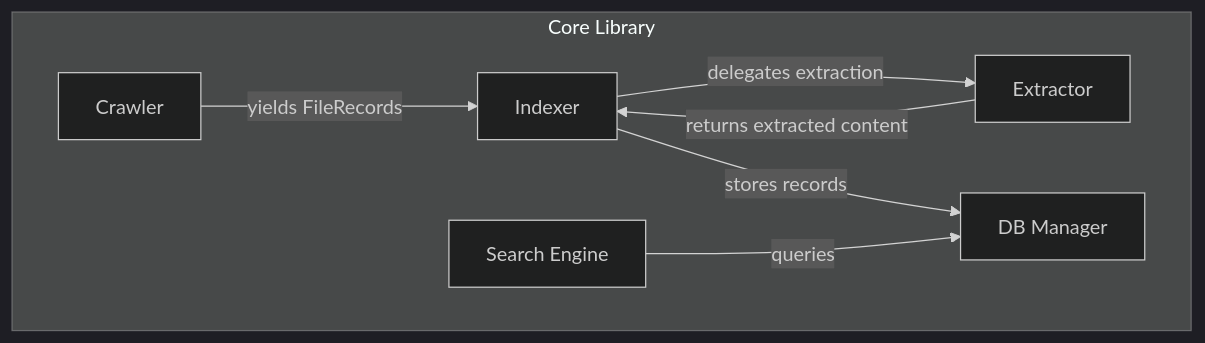
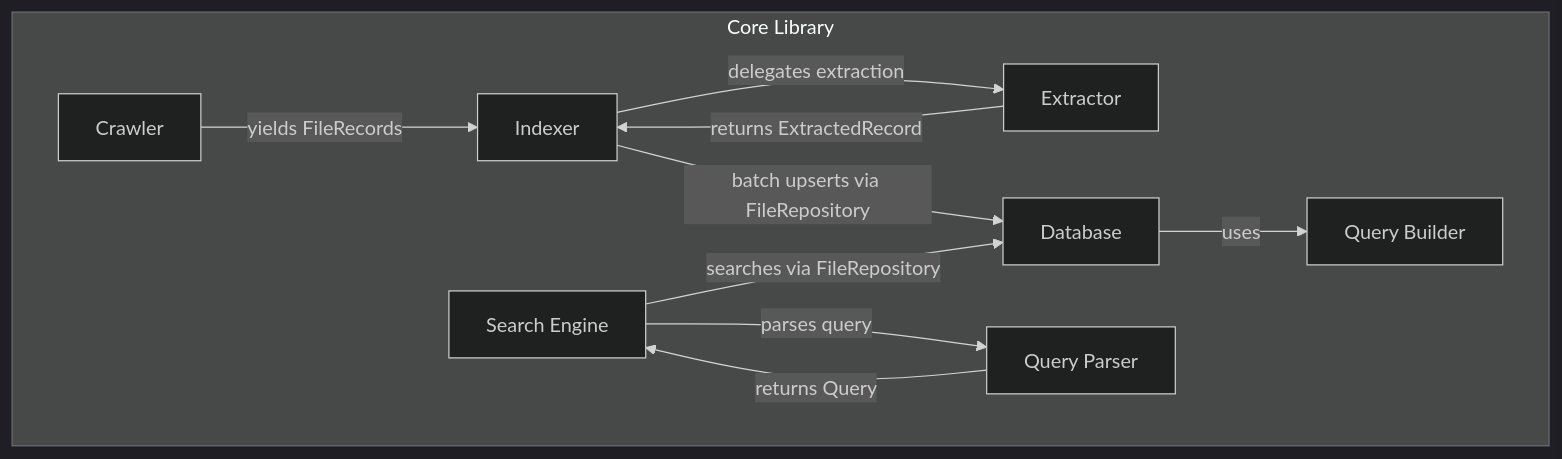
Before and after one commit to ralu2004/Local-File-Search-System: the third of 3 diagrams in ARCHITECTURE.md, drawn with Mermaid (dark theme). The commit also changed other lines of this file, not shown here.

Commit message:
docs(arch): update ARCHITECTURE.md to describe new design decisions

````diff
--- a/ARCHITECTURE.md
+++ b/ARCHITECTURE.md
@@ -79,16 +87,21 @@
 ```mermaid
 graph TD
     subgraph Core["Core Library"]
         Crawler["Crawler"]
         Indexer["Indexer"]
         Extractor["Extractor"]
         Search["Search Engine"]
-        DB["DB Manager"]
+        QueryParser["Query Parser"]
+        DB["Database"]
+        QueryBuilder["Query Builder"]
     end
 
     Crawler -->|yields FileRecords| Indexer
     Indexer -->|delegates extraction| Extractor
-    Extractor -->|returns extracted content| Indexer
-    Indexer -->|stores records| DB
-    Search -->|queries| DB
+    Extractor -->|returns ExtractedRecord| Indexer
+    Indexer -->|batch upserts via FileRepository| DB
+    Search -->|parses query| QueryParser
+    QueryParser -->|returns Query| Search
+    Search -->|searches via FileRepository| DB
+    DB -->|uses| QueryBuilder
 ```
````
